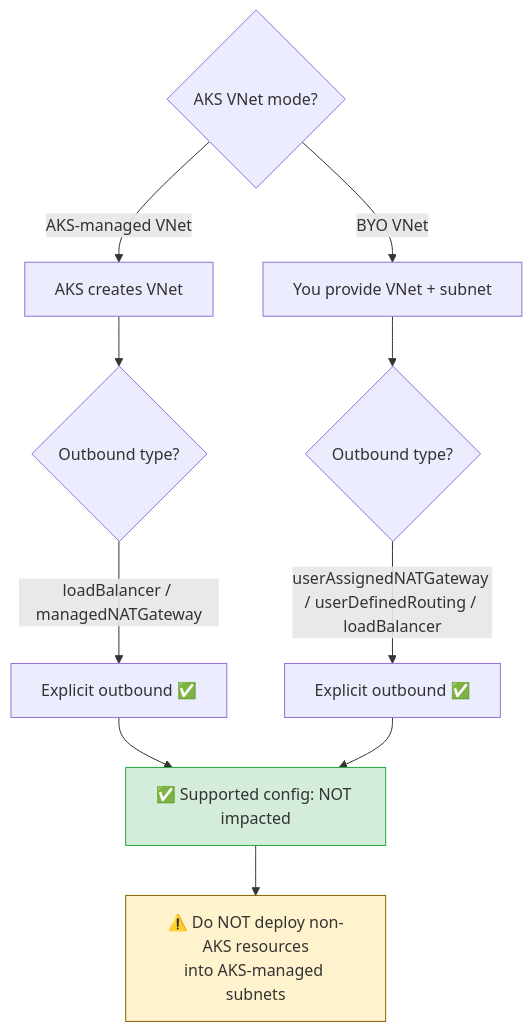
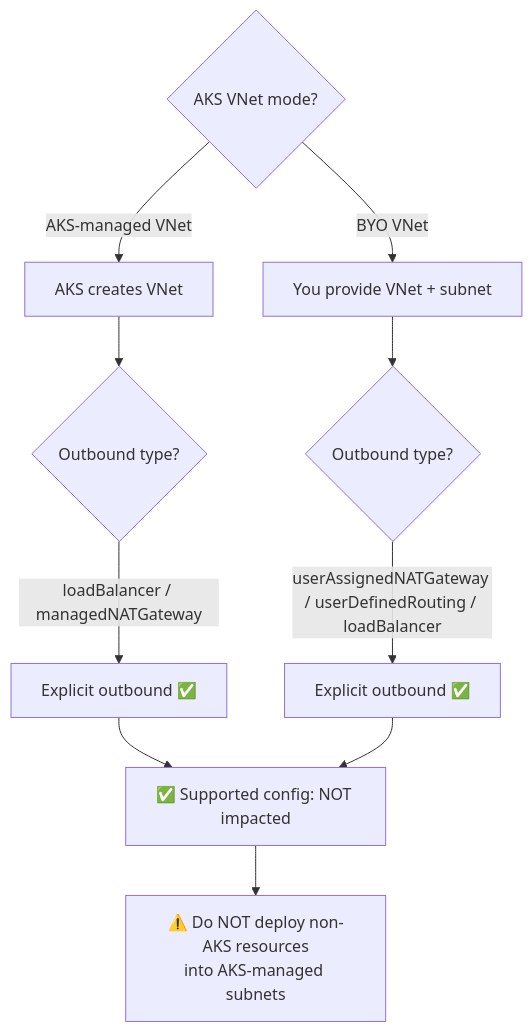
Before and after one commit to pthoor/pthoor.github.io: the seventh of 10 diagrams in _posts/2026-03-19-Azure-Default-Outbound-Access-Retirement.md, drawn with Mermaid. The commit also changed other lines of this file and 2 other files, not shown here.

Commit message:
Final mermaid fixes

````diff
--- a/_posts/2026-03-19-Azure-Default-Outbound-Access-Retirement.md
+++ b/_posts/2026-03-19-Azure-Default-Outbound-Access-Retirement.md
@@ -356,19 +329,17 @@
 ```mermaid
 flowchart TD
     start{"AKS VNet mode?"} -->|AKS-managed VNet| managed["AKS creates VNet"]
     start -->|BYO VNet| byo["You provide VNet + subnet"]
 
     managed --> out1{"Outbound type?"}
     byo --> out2{"Outbound type?"}
 
     out1 -->|loadBalancer / managedNATGateway| ok1["Explicit outbound ✅"]
     out2 -->|userAssignedNATGateway / userDefinedRouting / loadBalancer| ok2["Explicit outbound ✅"]
 
     ok1 --> safe["✅ Supported config: NOT impacted"]
     ok2 --> safe
 
     safe --> warning["⚠️ Do NOT deploy non-AKS resources<br/>into AKS-managed subnets"]
 
-    style safe fill:#d4edda,stroke:#28a745
-    style warning fill:#fff3cd,stroke:#856404
 ```
````
